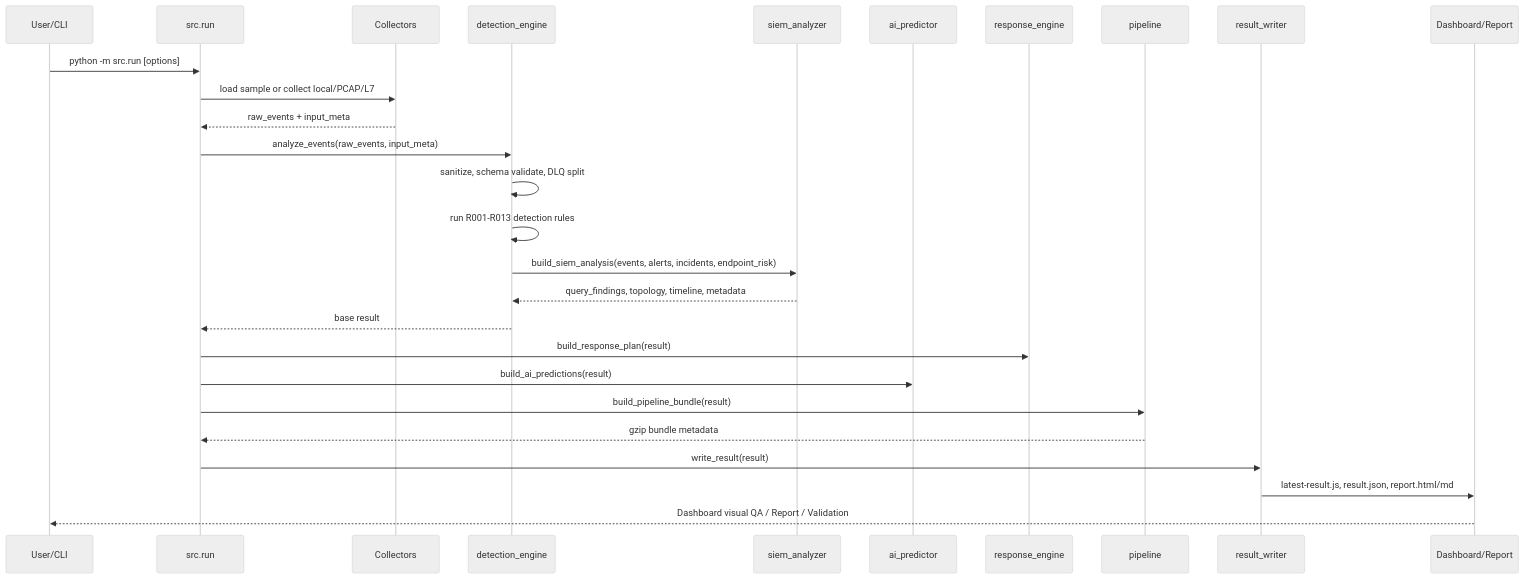
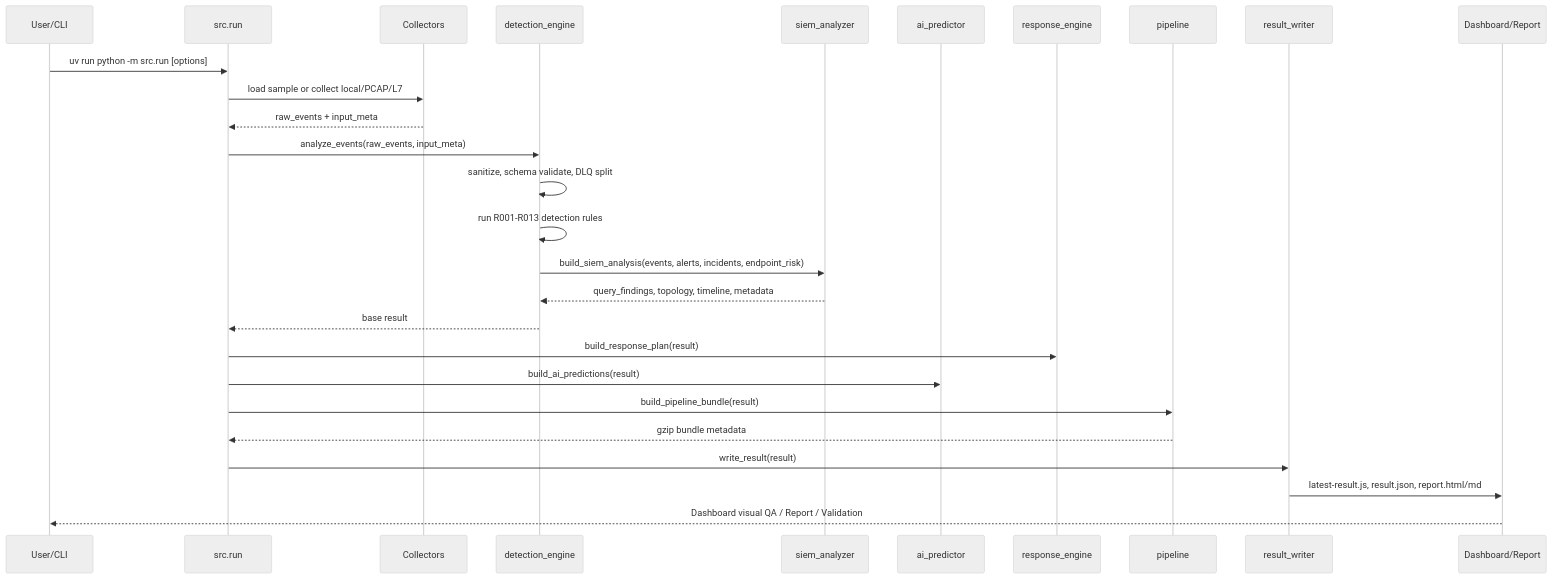
One commit to altius03/team-C-edr changed the third of 3 diagrams in docs/erd-sa-current.md. Above: the diagram before and after it, drawn with Mermaid (neutral theme). The commit also changed other lines of this file and 32 other files, not shown here.

````diff
--- a/docs/erd-sa-current.md
+++ b/docs/erd-sa-current.md
@@ -363,30 +367,30 @@
 ```mermaid
 sequenceDiagram
     participant User as User/CLI
     participant Run as src.run
     participant Collector as Collectors
     participant Engine as detection_engine
     participant SIEM as siem_analyzer
     participant AI as ai_predictor
     participant Response as response_engine
     participant Pipeline as pipeline
     participant Writer as result_writer
     participant Surface as Dashboard/Report
 
-    User->>Run: python -m src.run [options]
+    User->>Run: uv run python -m src.run [options]
     Run->>Collector: load sample or collect local/PCAP/L7
     Collector-->>Run: raw_events + input_meta
     Run->>Engine: analyze_events(raw_events, input_meta)
     Engine->>Engine: sanitize, schema validate, DLQ split
     Engine->>Engine: run R001-R013 detection rules
     Engine->>SIEM: build_siem_analysis(events, alerts, incidents, endpoint_risk)
     SIEM-->>Engine: query_findings, topology, timeline, metadata
     Engine-->>Run: base result
     Run->>Response: build_response_plan(result)
     Run->>AI: build_ai_predictions(result)
     Run->>Pipeline: build_pipeline_bundle(result)
     Pipeline-->>Run: gzip bundle metadata
     Run->>Writer: write_result(result)
     Writer->>Surface: latest-result.js, result.json, report.html/md
     Surface-->>User: Dashboard visual QA / Report / Validation
 ```
````
